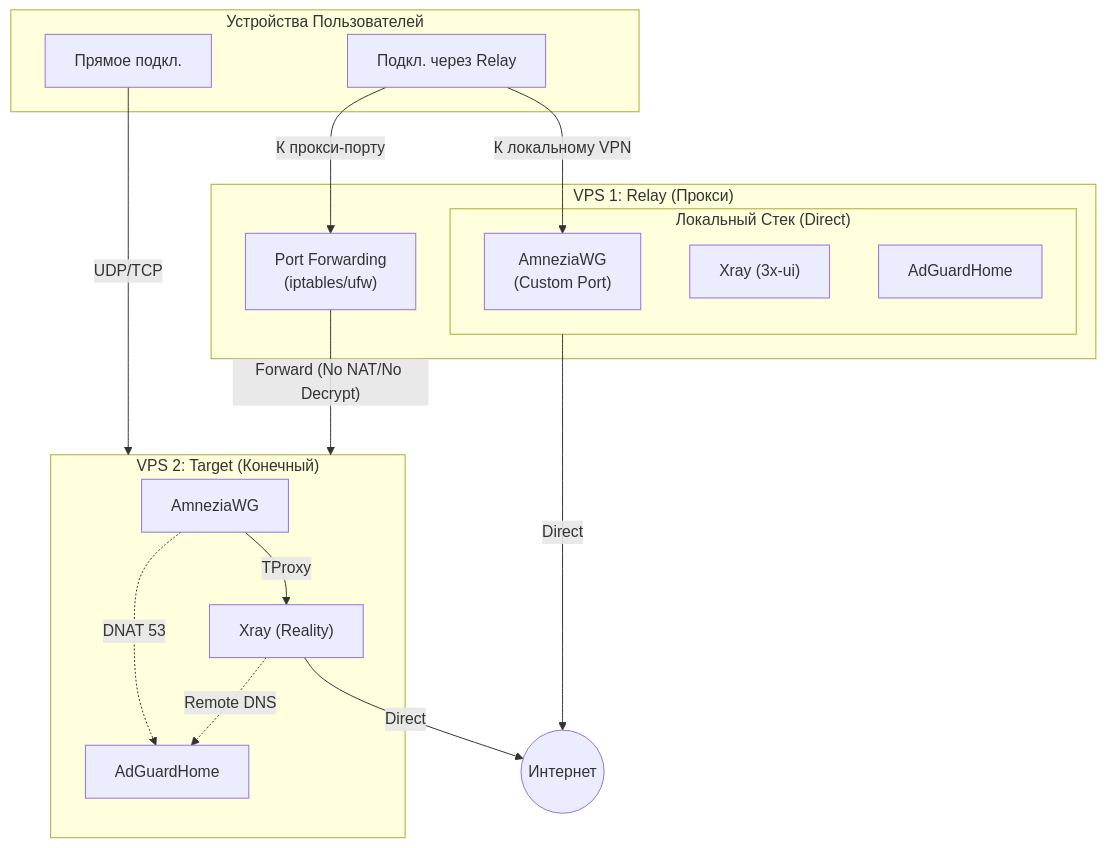
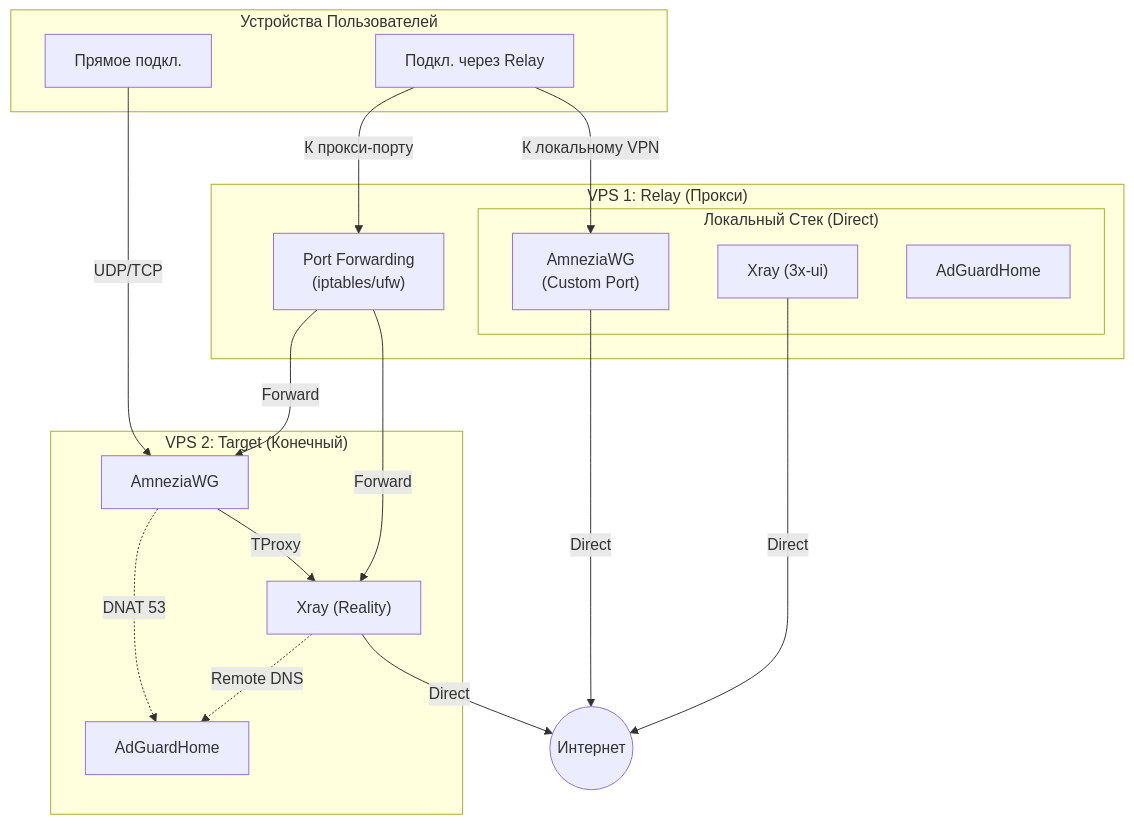
One commit to SpIvanM/3x-awg-adg-bundle changed the diagram in AGENTS.md. Above: the diagram before and after it, drawn with Mermaid.

Commit message:
fix: correct mermaid syntax (avoid subgraph connections)

````diff
--- a/AGENTS.md
+++ b/AGENTS.md
@@ -56,38 +56,40 @@
 ```mermaid
 graph TD
     subgraph Clients ["Устройства Пользователей"]
         U_Dir["Прямое подкл."]
         U_Rel["Подкл. через Relay"]
     end
 
     subgraph RelayVPS ["VPS 1: Relay (Прокси)"]
         PF["Port Forwarding <br/>(iptables/ufw)"]
         subgraph RLoc ["Локальный Стек (Direct)"]
             RAWG["AmneziaWG <br/>(Custom Port)"]
             RXR["Xray (3x-ui)"]
             RAGH["AdGuardHome"]
         end
     end
 
     subgraph TargetVPS ["VPS 2: Target (Конечный)"]
         TAWG["AmneziaWG"]
         TXR["Xray (Reality)"]
         TAGH["AdGuardHome"]
         
         TAWG -->|"TProxy"| TXR
         TAWG -.->|"DNAT 53"| TAGH
         TXR -.->|"Remote DNS"| TAGH
     end
 
+    Net(("Интернет"))
+
     %% Connections
-    U_Dir -->|"UDP/TCP"| TargetVPS
+    U_Dir -->|"UDP/TCP"| TAWG
     U_Rel -->|"К прокси-порту"| PF
     U_Rel -->|"К локальному VPN"| RAWG
     
-    PF -->|"Forward (No NAT/No Decrypt)"| TargetVPS
+    PF -->|"Forward"| TAWG
+    PF -->|"Forward"| TXR
     
-    RLoc -->|"Direct"| Net
+    RAWG -->|"Direct"| Net
+    RXR -->|"Direct"| Net
     TXR -->|"Direct"| Net
-
-    Net(("Интернет"))
 ```
````
